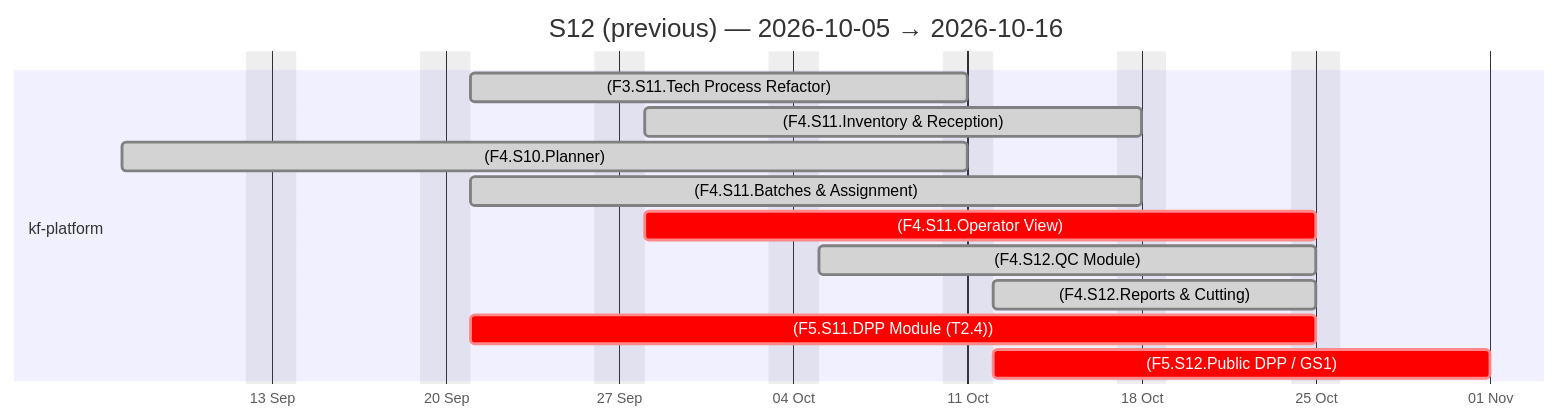
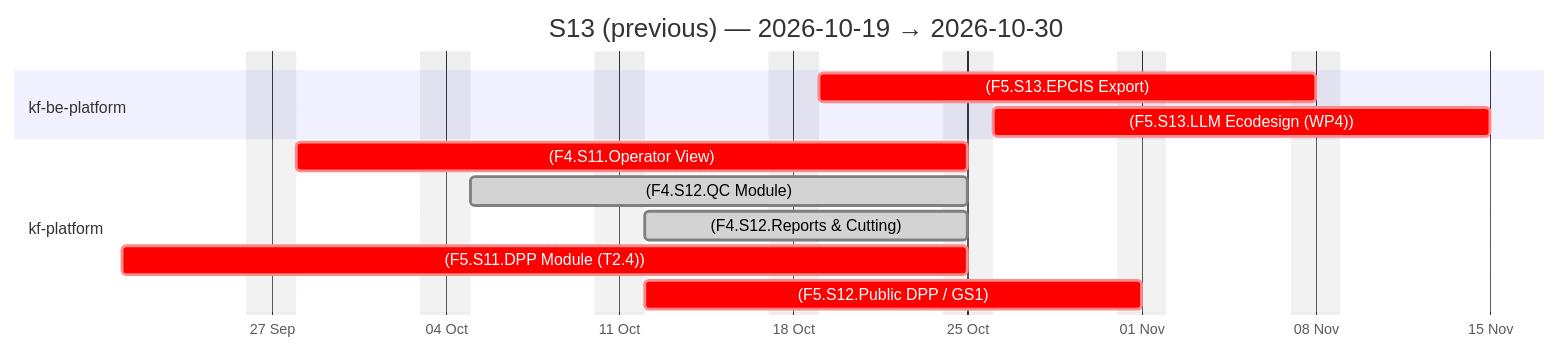
The second of 4 diagrams in docs/agile-sprints.md (Katty-Fashion/kf-cpto), drawn with Mermaid before and after one commit. The commit also changed other lines of this file and 15 other files, not shown here.

````diff
--- a/docs/agile-sprints.md
+++ b/docs/agile-sprints.md
@@ -51,18 +51,17 @@
 ```mermaid
 gantt
-    title S12 (previous) — 2026-10-05 → 2026-10-16
+    title S13 (previous) — 2026-10-19 → 2026-10-30
     dateFormat YYYY-MM-DD
     axisFormat %d %b
     excludes weekends
 
+    section kf-be-platform
+    (F5.S13.EPCIS Export) :crit, 2026-10-19, 2026-11-08
+    (F5.S13.LLM Ecodesign (WP4)) :crit, 2026-10-26, 2026-11-15
     section kf-platform
-    (F3.S11.Tech Process Refactor) :done, 2026-09-21, 2026-10-11
-    (F4.S11.Inventory & Reception) :done, 2026-09-28, 2026-10-18
-    (F4.S10.Planner) :done, 2026-09-07, 2026-10-11
-    (F4.S11.Batches & Assignment) :done, 2026-09-21, 2026-10-18
     (F4.S11.Operator View) :crit, 2026-09-28, 2026-10-25
     (F4.S12.QC Module) :done, 2026-10-05, 2026-10-25
     (F4.S12.Reports & Cutting) :done, 2026-10-12, 2026-10-25
     (F5.S11.DPP Module (T2.4)) :crit, 2026-09-21, 2026-10-25
     (F5.S12.Public DPP / GS1) :crit, 2026-10-12, 2026-11-01
 ```
````
